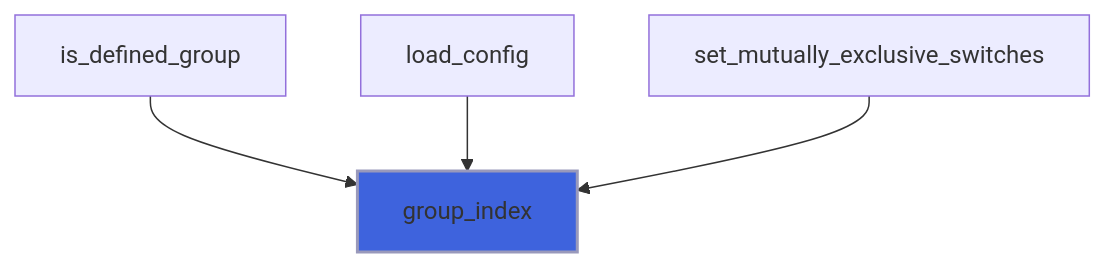
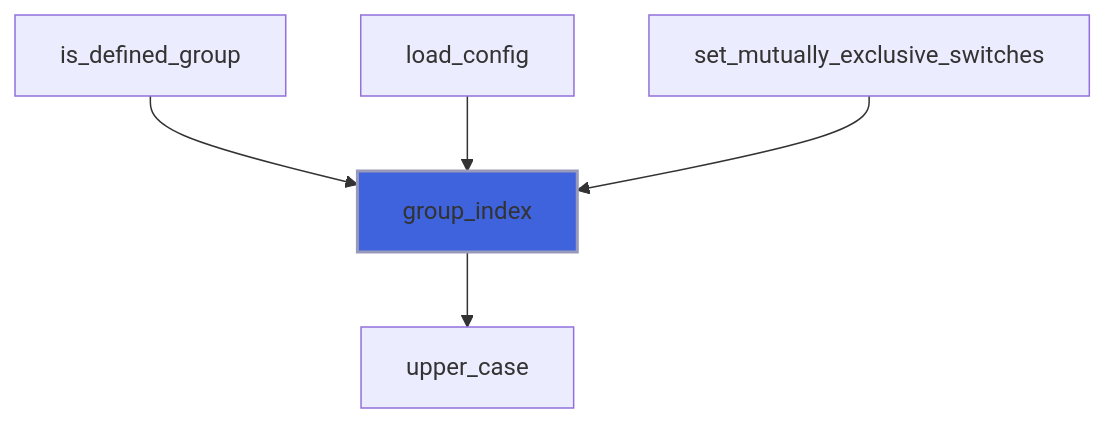
Diagram 46 of 57 in docs/api/src/lib/flap_command_line_interface_t.md (szaghi/FLAP), drawn with Mermaid before and after one commit. The commit also changed other lines of this file and 13 other files, not shown here.

````diff
--- a/docs/api/src/lib/flap_command_line_interface_t.md
+++ b/docs/api/src/lib/flap_command_line_interface_t.md
@@ -1774,7 +1778,8 @@
 ```mermaid
 flowchart TD
   is_defined_group["is_defined_group"] --> group_index["group_index"]
   load_config["load_config"] --> group_index["group_index"]
   set_mutually_exclusive_switches["set_mutually_exclusive_switches"] --> group_index["group_index"]
+  group_index["group_index"] --> upper_case["upper_case"]
   style group_index fill:#3e63dd,stroke:#99b,stroke-width:2px
 ```
````
